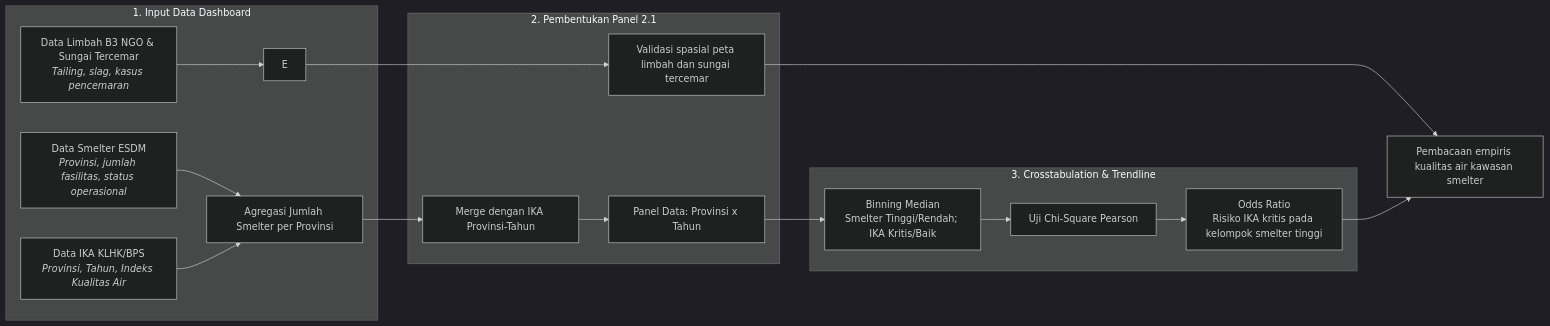
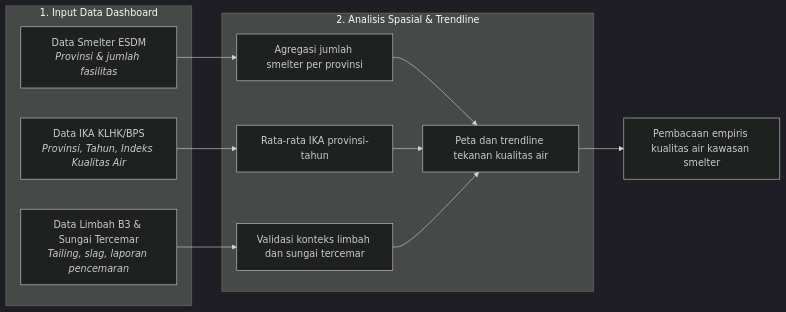
The first of 3 diagrams in tools/report_metodologi/bab_2/Metodologi_Bab2_Kualitas_Lingkungan.md (HenryAi-SIBERMU/ECC), drawn with Mermaid (dark theme) before and after one commit. The commit also changed other lines of this file and 10 other files, not shown here.

Commit message:
Auto-commit: Sinkronisasi Tabel 1.8 (Sub-bab 1.7) dengan DATA_DICTIONARY.md

````diff
--- a/tools/report_metodologi/bab_2/Metodologi_Bab2_Kualitas_Lingkungan.md
+++ b/tools/report_metodologi/bab_2/Metodologi_Bab2_Kualitas_Lingkungan.md
@@ -13,23 +13,19 @@
 ```mermaid
 flowchart LR
     subgraph Data_Input["1. Input Data Dashboard"]
-        A["Data Smelter ESDM<br/><i>Provinsi, jumlah fasilitas, status operasional</i>"] --> C
-        B["Data IKA KLHK/BPS<br/><i>Provinsi, Tahun, Indeks Kualitas Air</i>"] --> C
-        D["Data Limbah B3 NGO & Sungai Tercemar<br/><i>Tailing, slag, kasus pencemaran</i>"] --> E
+        A["Data Smelter ESDM<br/><i>Provinsi & jumlah fasilitas</i>"]
+        B["Data IKA KLHK/BPS<br/><i>Provinsi, Tahun, Indeks Kualitas Air</i>"]
+        C["Data Limbah B3 & Sungai Tercemar<br/><i>Tailing, slag, laporan pencemaran</i>"]
     end
 
-    subgraph Panel_Processing["2. Pembentukan Panel 2.1"]
-        C["Agregasi Jumlah Smelter per Provinsi"] --> F["Merge dengan IKA Provinsi-Tahun"]
-        F --> G["Panel Data: Provinsi x Tahun"]
-        E --> H["Validasi spasial peta limbah dan sungai tercemar"]
+    subgraph Visual_Processing["2. Analisis Spasial & Trendline"]
+        A --> D["Agregasi jumlah smelter per provinsi"]
+        B --> E["Rata-rata IKA provinsi-tahun"]
+        C --> F["Validasi konteks limbah dan sungai tercemar"]
+        D --> G["Peta dan trendline tekanan kualitas air"]
+        E --> G
+        F --> G
     end
 
-    subgraph Statistical_Test["3. Crosstabulation & Trendline"]
-        G --> I["Binning Median<br/>Smelter Tinggi/Rendah; IKA Kritis/Baik"]
-        I --> J["Uji Chi-Square Pearson"]
-        J --> K["Odds Ratio<br/>Risiko IKA kritis pada kelompok smelter tinggi"]
-    end
-
-    H --> L["Pembacaan empiris kualitas air kawasan smelter"]
-    K --> L
+    G --> H["Pembacaan empiris kualitas air kawasan smelter"]
 ```
````
